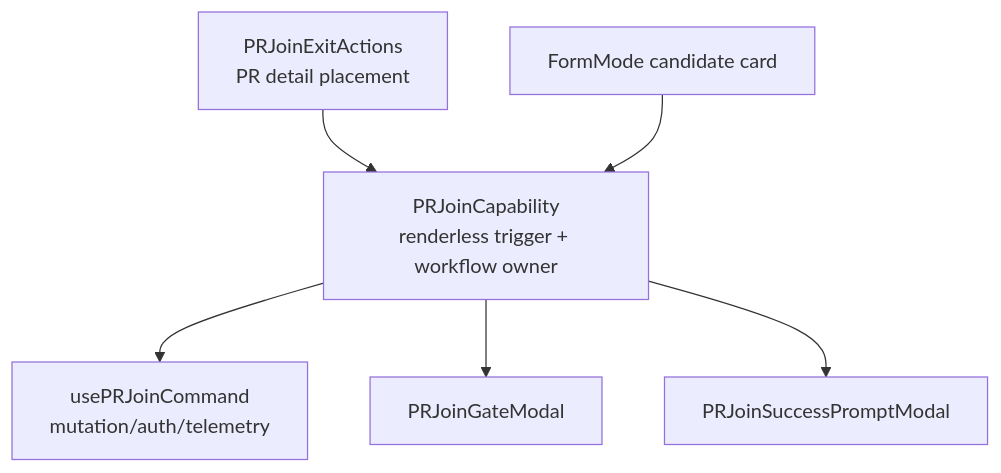
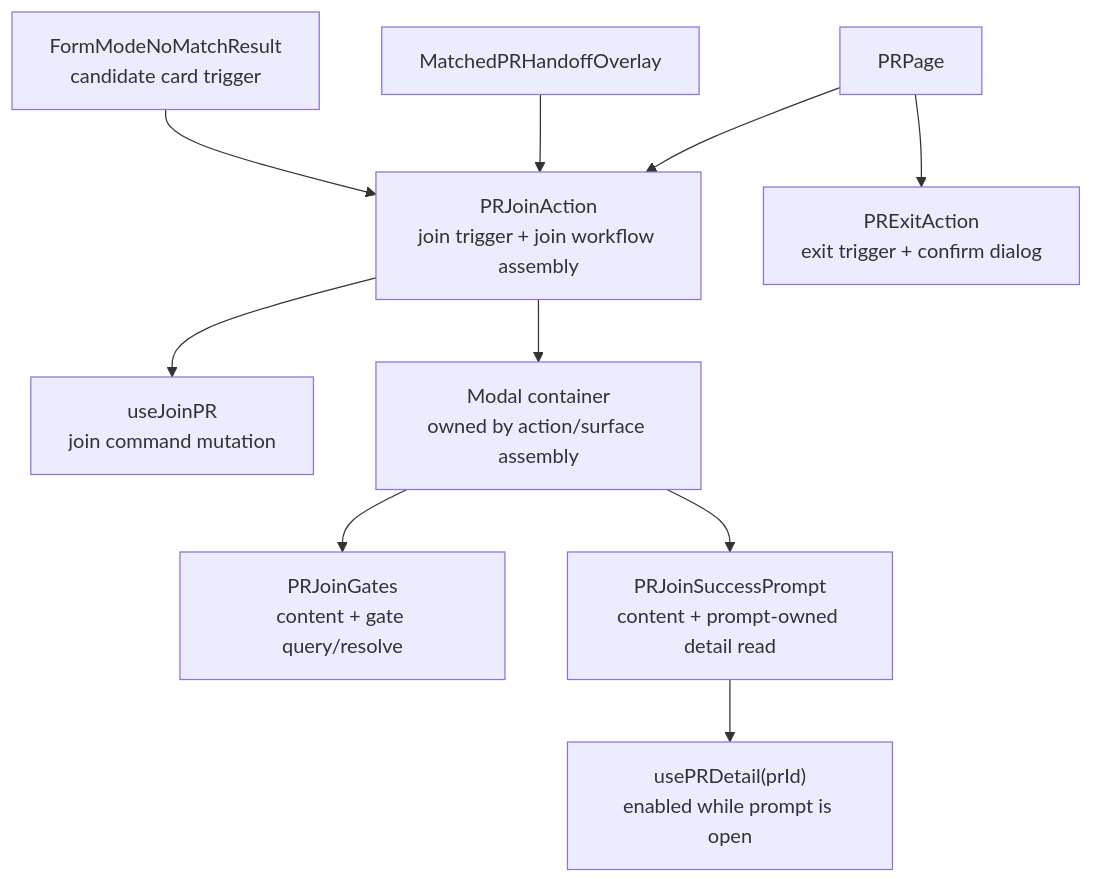
The second of 2 diagrams in tasks/pr-page-topology-audit/74-join-waitlist-flow-follow-up.md (partner-up-dev/app), drawn with Mermaid before and after one commit. The commit also changed other lines of this file and 21 other files, not shown here.

Commit message:
refactor(pr): split join and exit actions

````diff
--- a/tasks/pr-page-topology-audit/74-join-waitlist-flow-follow-up.md
+++ b/tasks/pr-page-topology-audit/74-join-waitlist-flow-follow-up.md
@@ -53,9 +96,13 @@
 ```mermaid
 flowchart TD
-  PRDetail["PRJoinExitActions\nPR detail placement"] --> JoinCapability["PRJoinCapability\nrenderless trigger + workflow owner"]
-  FormMode["FormMode candidate card"] --> JoinCapability
+  PRPage["PRPage"] --> JoinAction["PRJoinAction\njoin trigger + join workflow assembly"]
+  PRPage --> ExitAction["PRExitAction\nexit trigger + confirm dialog"]
+  FormModeMatched["MatchedPRHandoffOverlay"] --> JoinAction
+  FormModeCandidate["FormModeNoMatchResult\ncandidate card trigger"] --> JoinAction
 
-  JoinCapability --> JoinCommand["usePRJoinCommand\nmutation/auth/telemetry"]
-  JoinCapability --> GateModal["PRJoinGateModal"]
-  JoinCapability --> SuccessPrompt["PRJoinSuccessPromptModal"]
+  JoinAction --> JoinCommand["useJoinPR\njoin command mutation"]
+  JoinAction --> ModalContainer["Modal container\nowned by action/surface assembly"]
+  ModalContainer --> JoinGates["PRJoinGates\ncontent + gate query/resolve"]
+  ModalContainer --> SuccessPrompt["PRJoinSuccessPrompt\ncontent + prompt-owned detail read"]
+  SuccessPrompt --> PromptDetail["usePRDetail(prId)\nenabled while prompt is open"]
 ```
````
